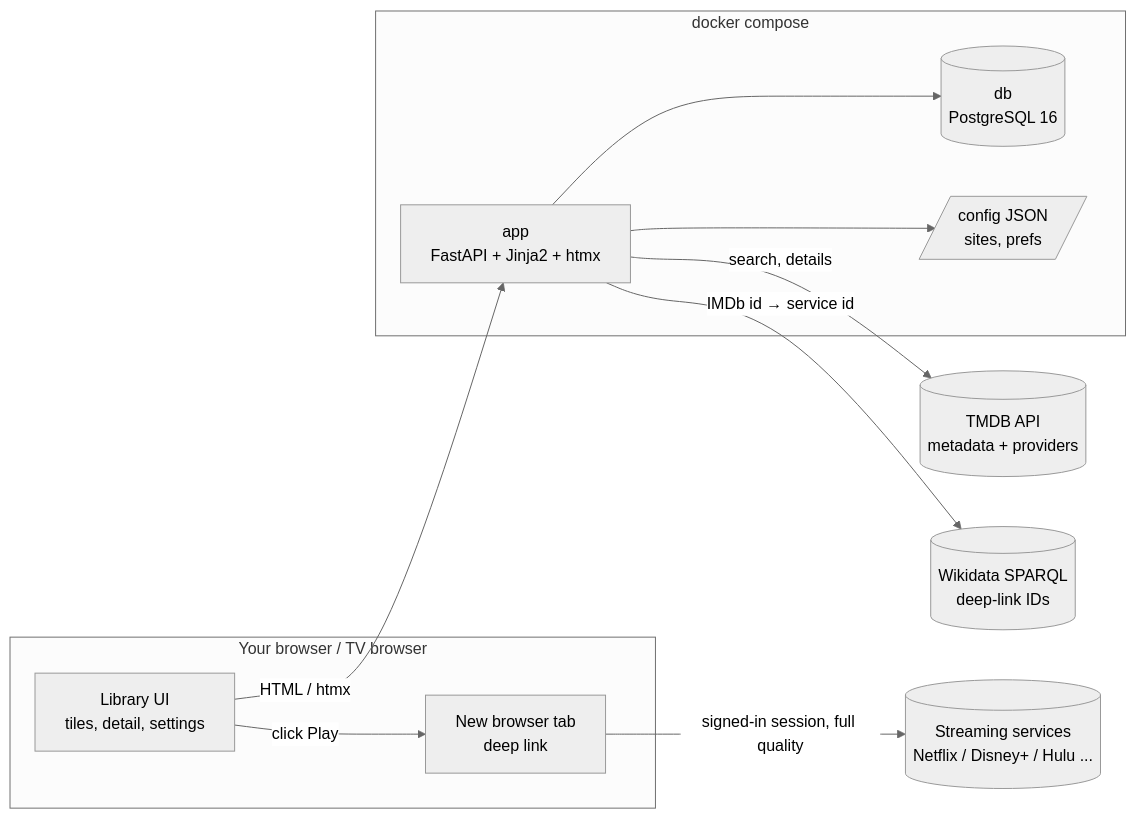
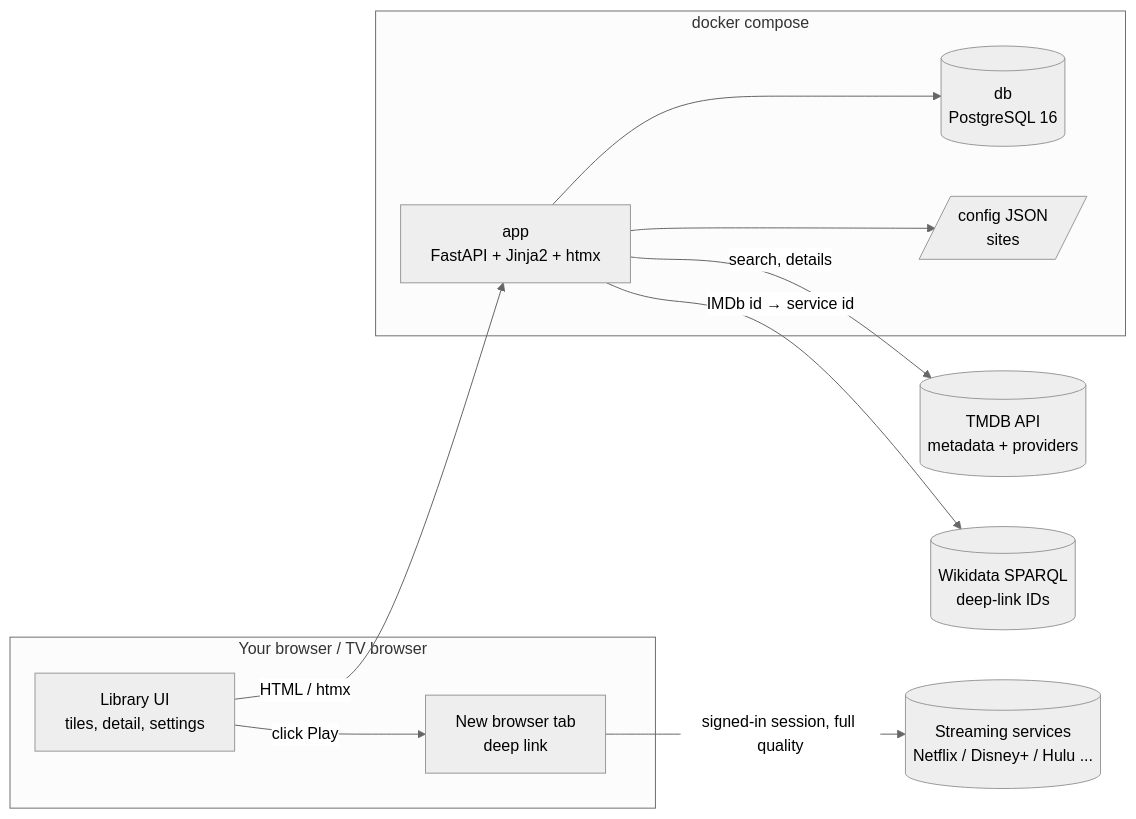
The first of 4 diagrams in README.md (JamesZesiger/StreamDeck), drawn with Mermaid (neutral theme) before and after one commit. The commit also changed other lines of this file and 6 other files, not shown here.

````diff
--- a/README.md
+++ b/README.md
@@ -167,23 +168,23 @@
 ```mermaid
 flowchart LR
     subgraph client [Your browser / TV browser]
         UI[Library UI<br>tiles, detail, settings]
         TAB[New browser tab<br>deep link]
     end
     subgraph compose [docker compose]
         APP[app<br>FastAPI + Jinja2 + htmx]
         DB[(db<br>PostgreSQL 16)]
-        CFG[/config JSON<br>sites, prefs/]
+        CFG[/config JSON<br>sites/]
     end
     TMDB[(TMDB API<br>metadata + providers)]
     WD[(Wikidata SPARQL<br>deep-link IDs)]
     SVC[(Streaming services<br>Netflix / Disney+ / Hulu ...)]
 
     UI -->|HTML / htmx| APP
     APP --> DB
     APP --> CFG
     APP -->|search, details| TMDB
     APP -->|IMDb id → service id| WD
     UI -->|click Play| TAB
     TAB -->|signed-in session, full quality| SVC
 ```
````
